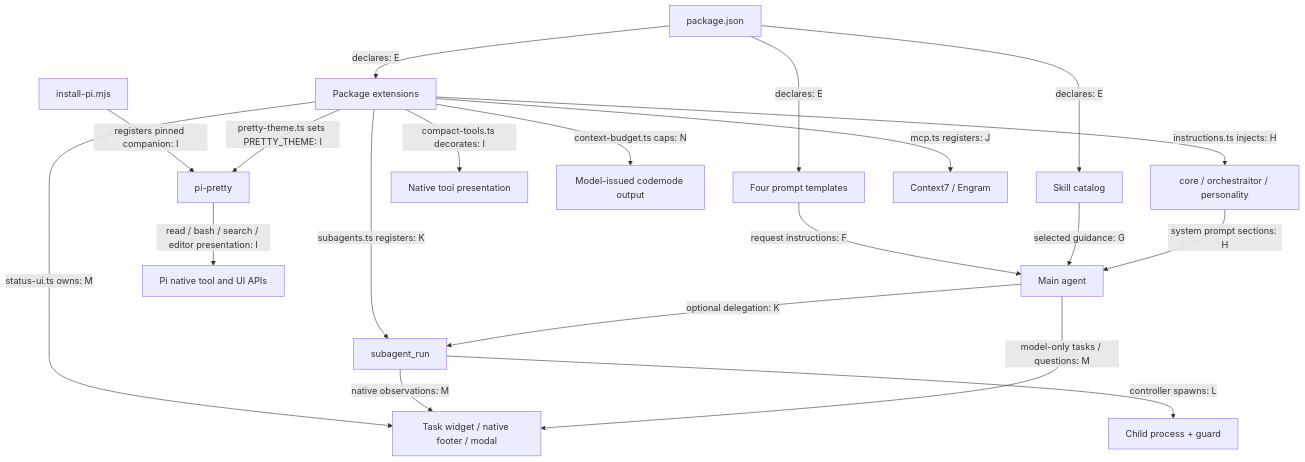
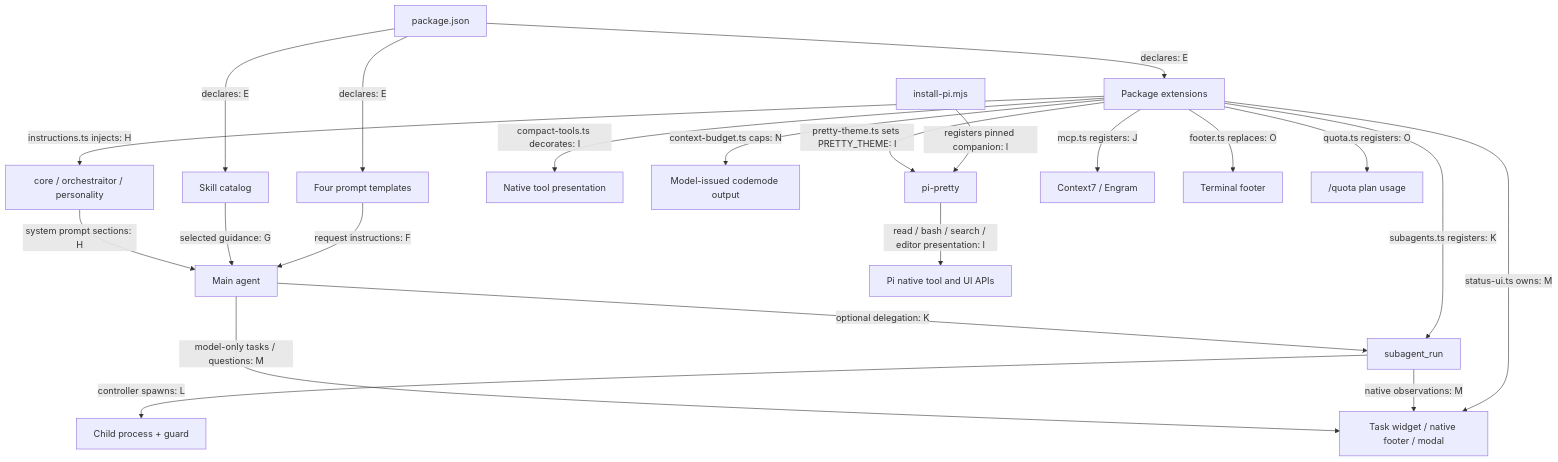
The second of 2 diagrams in docs/architecture/index.md (andresnator/pi-orchestraitor), drawn with Mermaid before and after one commit. The commit also changed other lines of this file and 11 other files, not shown here.

Commit message:
feat(ui): two-line footer with provider and model, and /quota for provider plan usage

````diff
--- a/docs/architecture/index.md
+++ b/docs/architecture/index.md
@@ -37,22 +37,24 @@
 ```mermaid
 flowchart TB
   M[package.json] -->|declares: E| X[Package extensions]
   M -->|declares: E| P[Four prompt templates]
   M -->|declares: E| S[Skill catalog]
   P -->|request instructions: F| A[Main agent]
   S -->|selected guidance: G| A
   X -->|instructions.ts injects: H| I[core / orchestraitor / personality]
   I -->|system prompt sections: H| A
   X -->|compact-tools.ts decorates: I| T[Native tool presentation]
   X -->|context-budget.ts caps: N| CB[Model-issued codemode output]
   INS[install-pi.mjs] -->|registers pinned companion: I| PP[pi-pretty]
   X -->|pretty-theme.ts sets PRETTY_THEME: I| PP
   PP -->|read / bash / search / editor presentation: I| PUI[Pi native tool and UI APIs]
   X -->|mcp.ts registers: J| MCP[Context7 / Engram]
   X -->|subagents.ts registers: K| SR[subagent_run]
   A -->|optional delegation: K| SR
   SR -->|controller spawns: L| CH[Child process + guard]
   X -->|status-ui.ts owns: M| UI[Task widget / native footer / modal]
   SR -->|native observations: M| UI
   A -->|model-only tasks / questions: M| UI
+  X -->|footer.ts replaces: O| FT[Terminal footer]
+  X -->|quota.ts registers: O| Q["/quota plan usage"]
 ```
````
